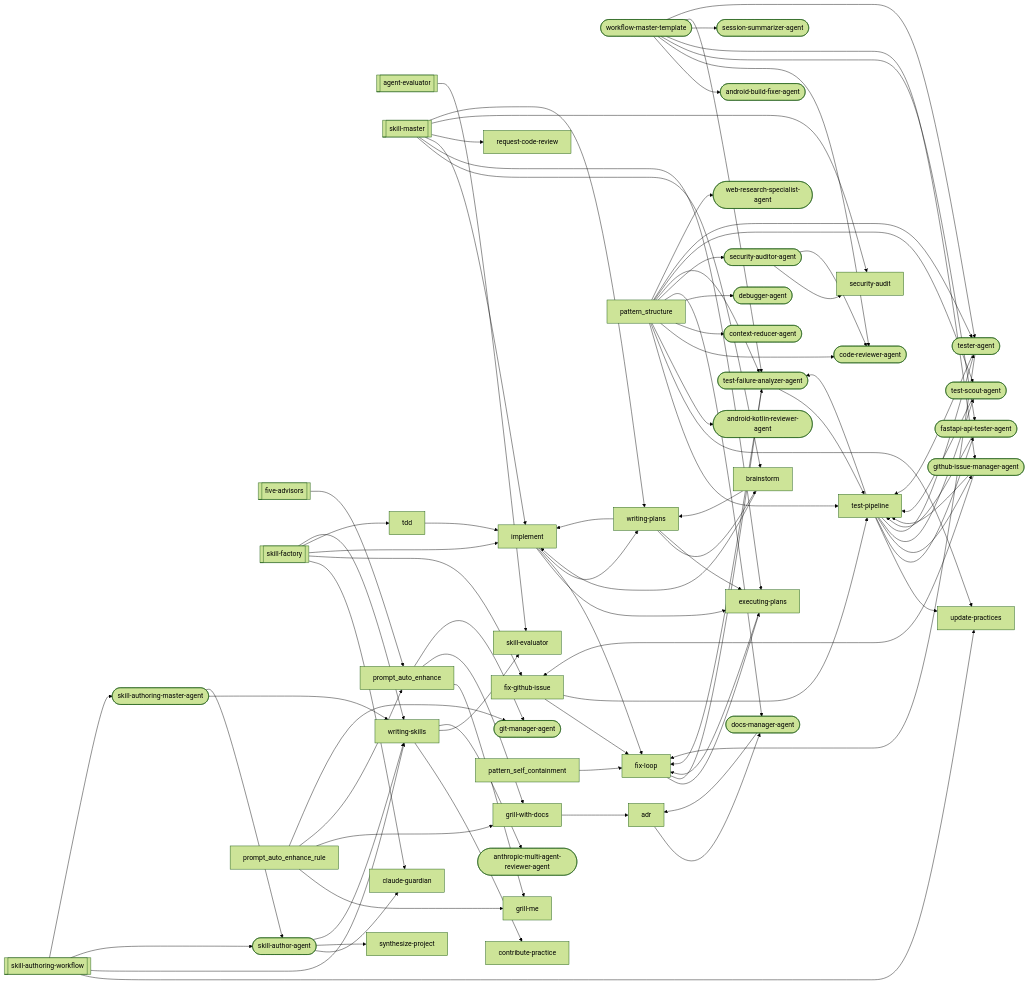
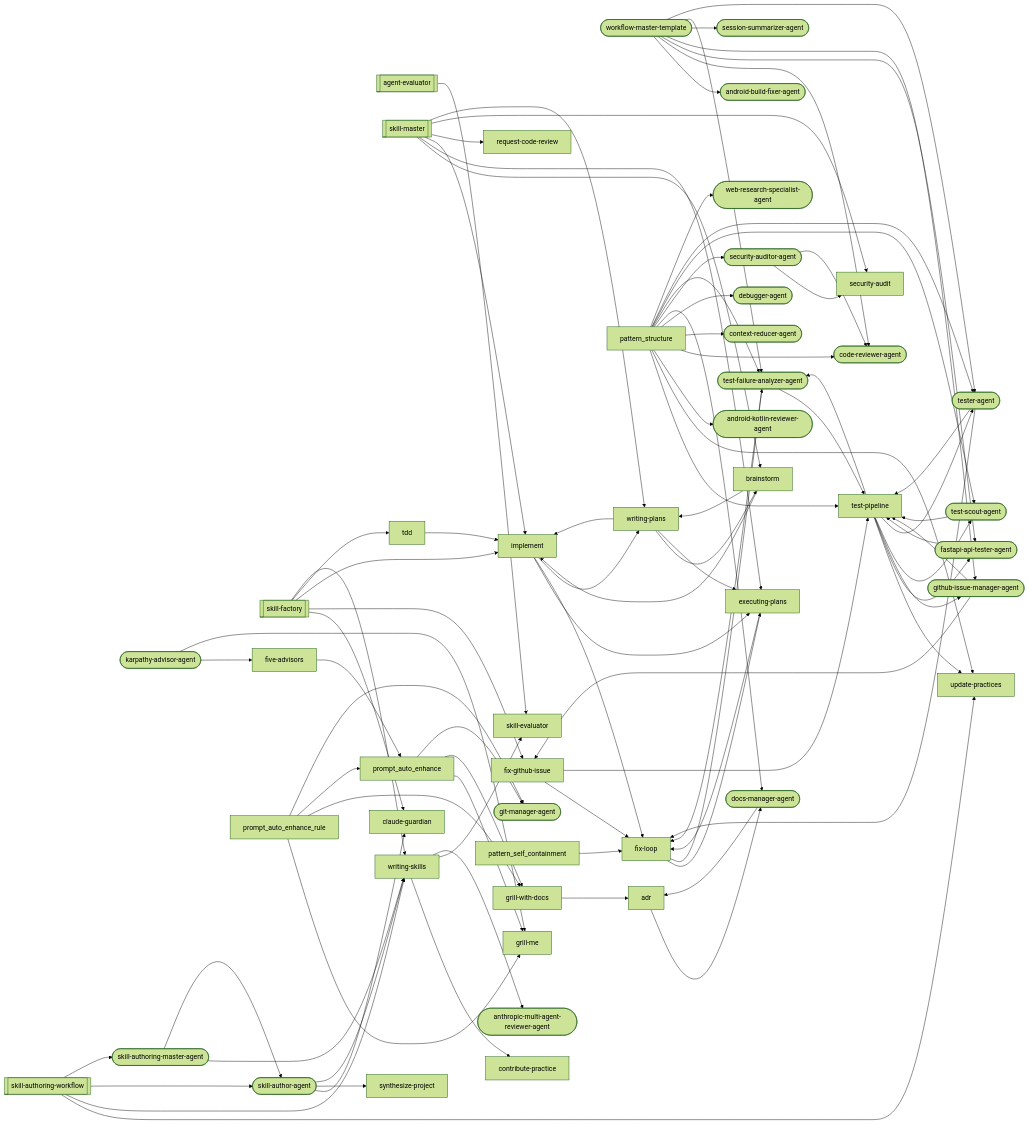
One commit to abhayla/claude-best-practices changed the third of 29 diagrams in docs/workflows/skill-authoring.md. Above: the diagram before and after it, drawn with Mermaid (forest theme). The commit also changed other lines of this file and 14 other files, not shown here.

````diff
--- a/docs/workflows/skill-authoring.md
+++ b/docs/workflows/skill-authoring.md
@@ -733,7 +736,7 @@
 ```mermaid
 graph LR
     agent_evaluator[["agent-evaluator"]]
-    five_advisors[["five-advisors"]]
+    karpathy_advisor_agent(["karpathy-advisor-agent"])
     skill_authoring_workflow[["skill-authoring-workflow"]]
     skill_factory[["skill-factory"]]
     skill_master[["skill-master"]]
@@ -751,6 +754,7 @@
     docs_manager_agent(["docs-manager-agent"])
     executing_plans["executing-plans"]
     fastapi_api_tester_agent(["fastapi-api-tester-agent"])
+    five_advisors["five-advisors"]
     fix_github_issue["fix-github-issue"]
     fix_loop["fix-loop"]
     git_manager_agent(["git-manager-agent"])
@@ -824,6 +828,8 @@
     fastapi_api_tester_agent --> test_pipeline
     github_issue_manager_agent --> fix_github_issue
     github_issue_manager_agent --> test_pipeline
+    karpathy_advisor_agent --> five_advisors
+    karpathy_advisor_agent --> grill_me
     security_auditor_agent --> security_audit
     security_auditor_agent --> code_reviewer_agent
     skill_author_agent --> claude_guardian
````
